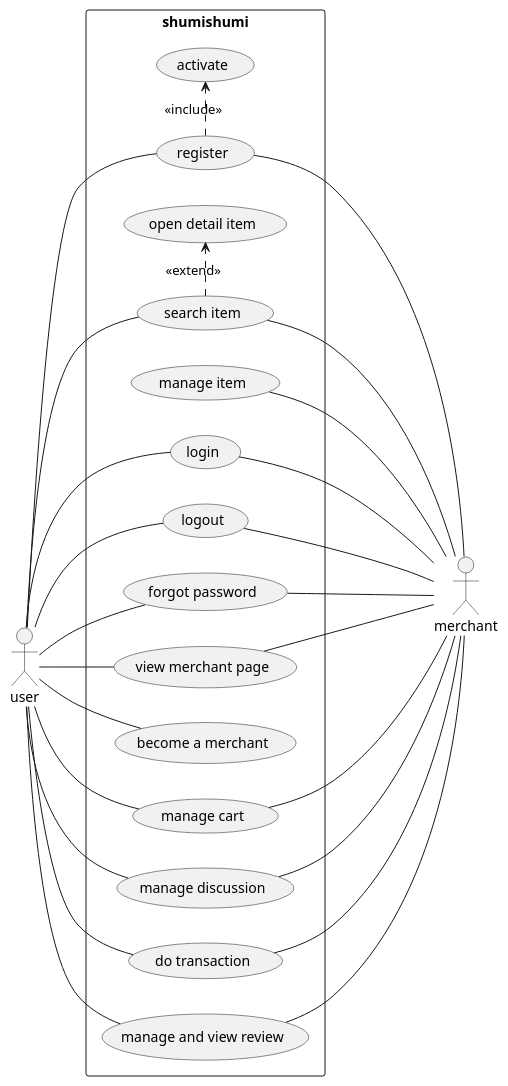
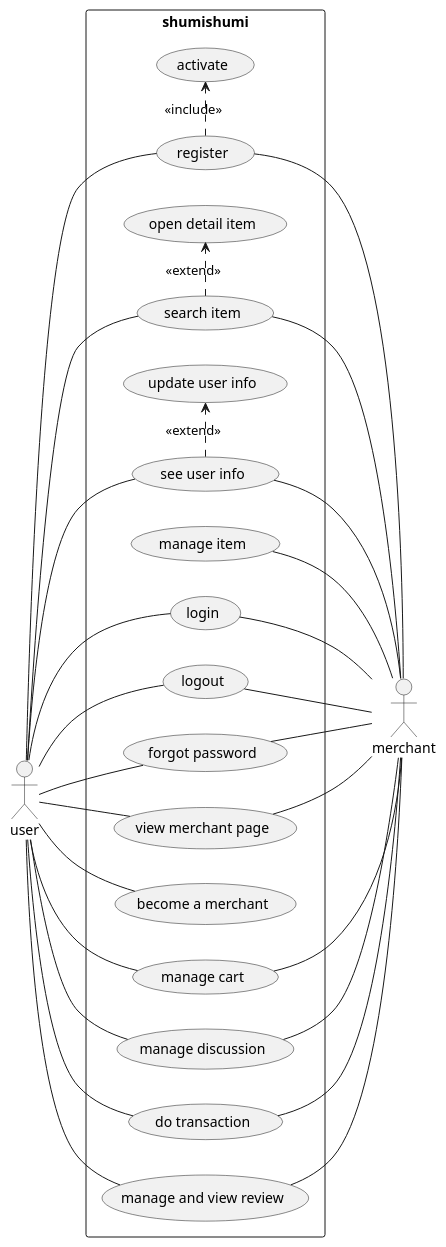
Before and after one commit to aldihsuhandi/skripsi-2023: the diagram in uml diagram/usecase diagram.pu, drawn with PlantUML. The commit also changed 18 other files, not shown here.

Commit message:
progress uml

```diff
--- a/uml diagram/usecase diagram.pu
+++ b/uml diagram/usecase diagram.pu
@@ -1,77 +1,83 @@
 @startuml usecase diagram
 
 left to right direction
 
 skinparam actor {
     Location right
     StereotypeFontStyle bold
 }
 
 actor user as u
 actor merchant as m
 
 rectangle shumishumi {
     usecase "manage item" as manage_item
 
     usecase "login" as login
     usecase "activate" as activate
     usecase "register" as register
     usecase "logout" as logout
     usecase "forgot password" as forgotpassword
 
     usecase "view merchant page" as merchant_page
 
+    usecase "see user info" as user_info
+    usecase "update user info" as update_info
+
     usecase "open detail item" as detail
     usecase "search item" as search
 
     usecase "become a merchant" as be_merchant
 
     usecase "manage cart" as cart
     usecase "manage discussion" as discussion
 
     usecase "do transaction" as trx
     usecase "manage and view review" as review
 }
 
 ' user
 u -- login
 u -- logout
+u -- user_info
 
 u -- search
 
 u -- merchant_page
 
 u -- register
 u -- forgotpassword
 u -- be_merchant
 
 u -- cart
 u -- discussion
 
 u -- trx
 
 u -- review
 
 ' merchant
 login -- m
+user_info -- m
 logout -- m
 register -- m
 forgotpassword -- m
 
 search -- m
 merchant_page -- m
 
 cart --- m
 discussion -- m
 
 trx -- m
 
 review -- m
 
 manage_item -- m
 
 
 register .> activate : <<include>>
 search .> detail : <<extend>>
+user_info .> update_info :<<extend>>
 
 @enduml
```
